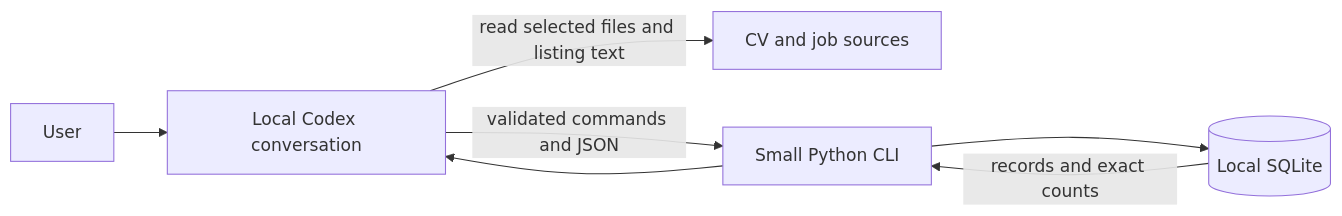
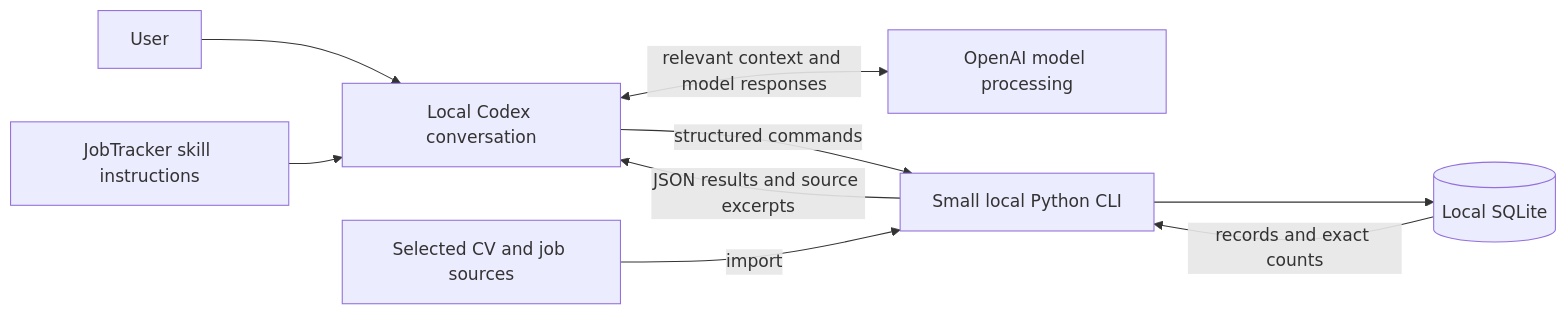
Before and after one commit to makedoniaz/job-tracker: the diagram in docs/project-blueprint.md, drawn with Mermaid. The commit also changed other lines of this file and 1 other file, not shown here.

````diff
--- a/docs/project-blueprint.md
+++ b/docs/project-blueprint.md
@@ -26,9 +26,11 @@
 ```mermaid
 flowchart LR
     U[User] --> A[Local Codex conversation]
-    A -->|read selected files and listing text| S[CV and job sources]
-    A -->|validated commands and JSON| C[Small Python CLI]
+    K[JobTracker skill instructions] --> A
+    A <-->|relevant context and model responses| M[OpenAI model processing]
+    A -->|structured commands| C[Small local Python CLI]
+    S[Selected CV and job sources] -->|import| C
     C --> D[(Local SQLite)]
     D -->|records and exact counts| C
-    C --> A
+    C -->|JSON results and source excerpts| A
 ```
````
